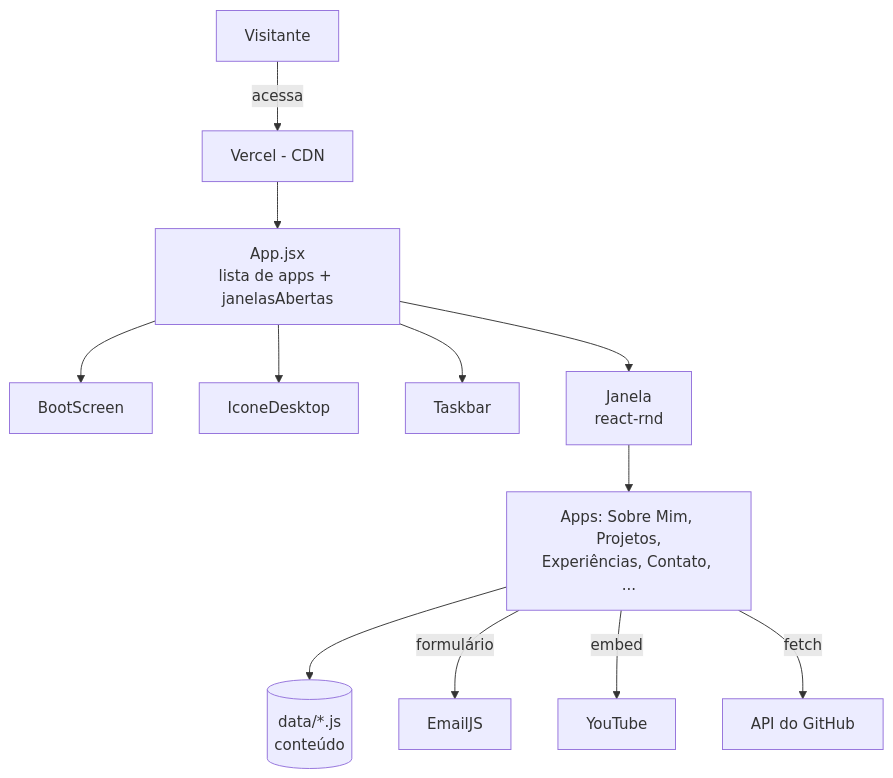
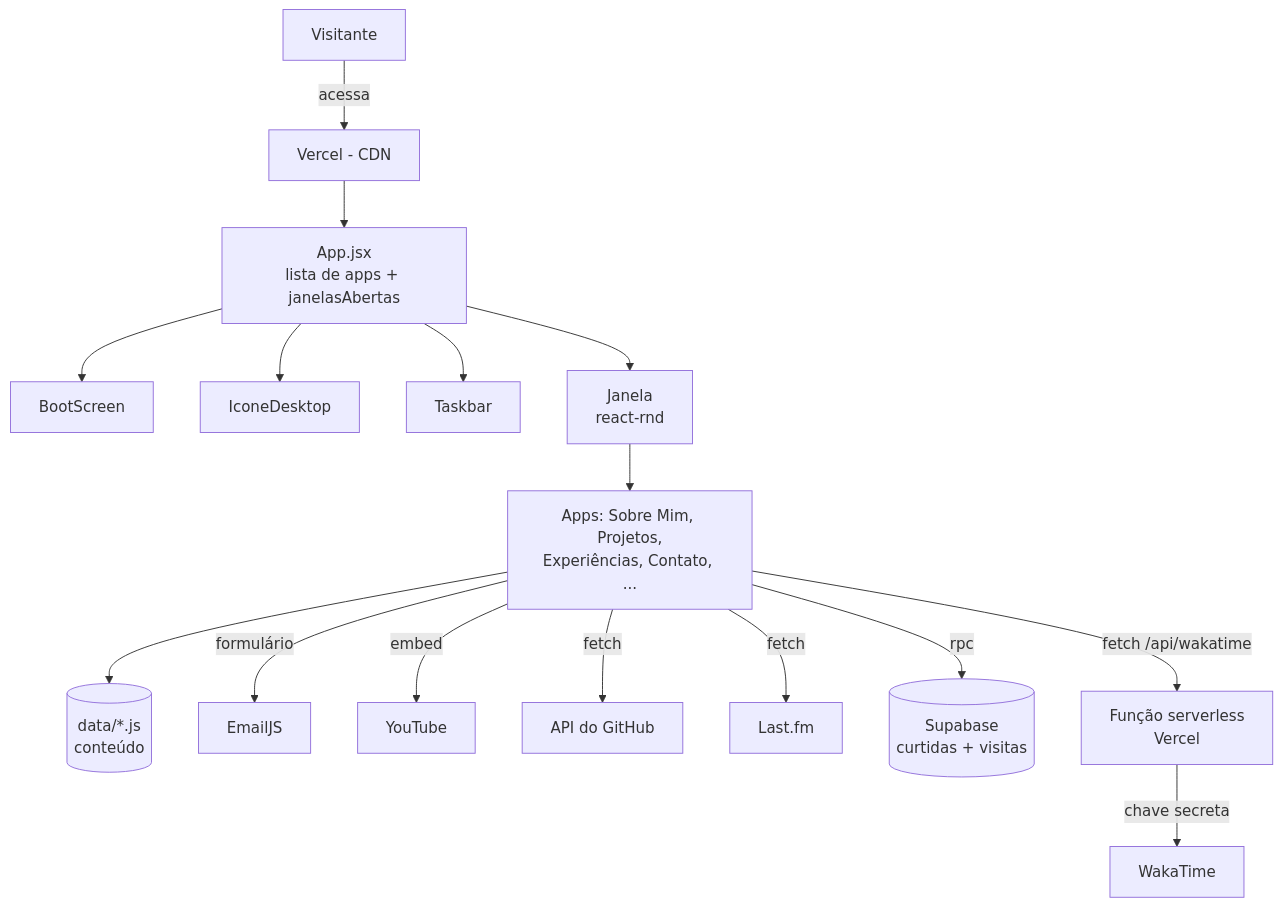
The diagram in README.md (igrcosta/MeuPortfolio), drawn with Mermaid before and after one commit. The commit also changed other lines of this file and 25 other files, not shown here.

````diff
--- a/README.md
+++ b/README.md
@@ -139,14 +140,18 @@
 ```mermaid
 flowchart TD
     V[Visitante] -->|acessa| VERCEL[Vercel - CDN]
     VERCEL --> APP[App.jsx<br/>lista de apps + janelasAbertas]
     APP --> BOOT[BootScreen]
     APP --> DESK[IconeDesktop]
     APP --> TASK[Taskbar]
     APP --> JAN[Janela<br/>react-rnd]
     JAN --> APPS[Apps: Sobre Mim, Projetos,<br/>Experiências, Contato, ...]
     APPS --> DATA[(data/*.js<br/>conteúdo)]
     APPS -->|formulário| EMAILJS[EmailJS]
     APPS -->|embed| YT[YouTube]
     APPS -->|fetch| GH[API do GitHub]
+    APPS -->|fetch| LFM[Last.fm]
+    APPS -->|rpc| SB[(Supabase<br/>curtidas + visitas)]
+    APPS -->|fetch /api/wakatime| FN[Função serverless<br/>Vercel]
+    FN -->|chave secreta| WK[WakaTime]
 ```
````
